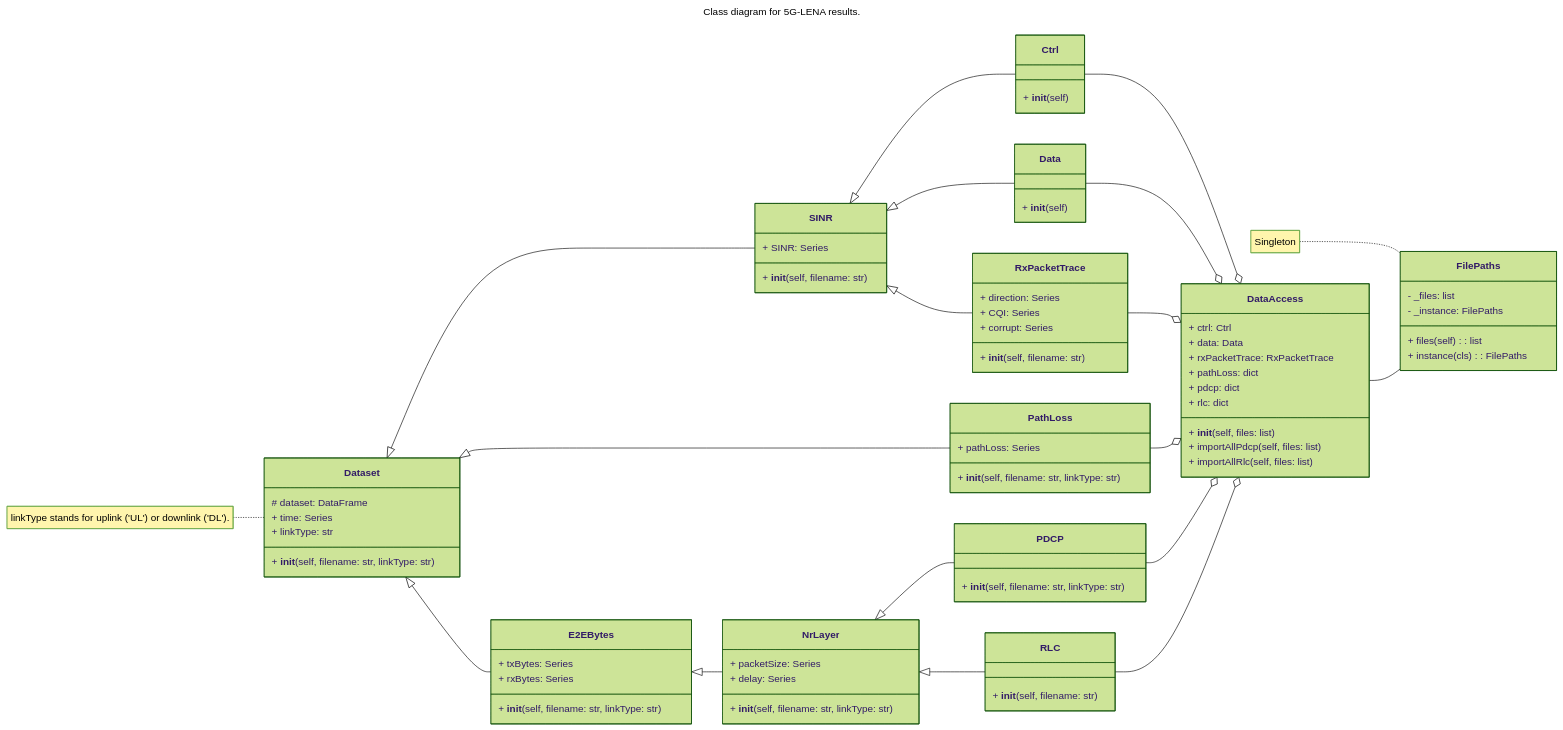
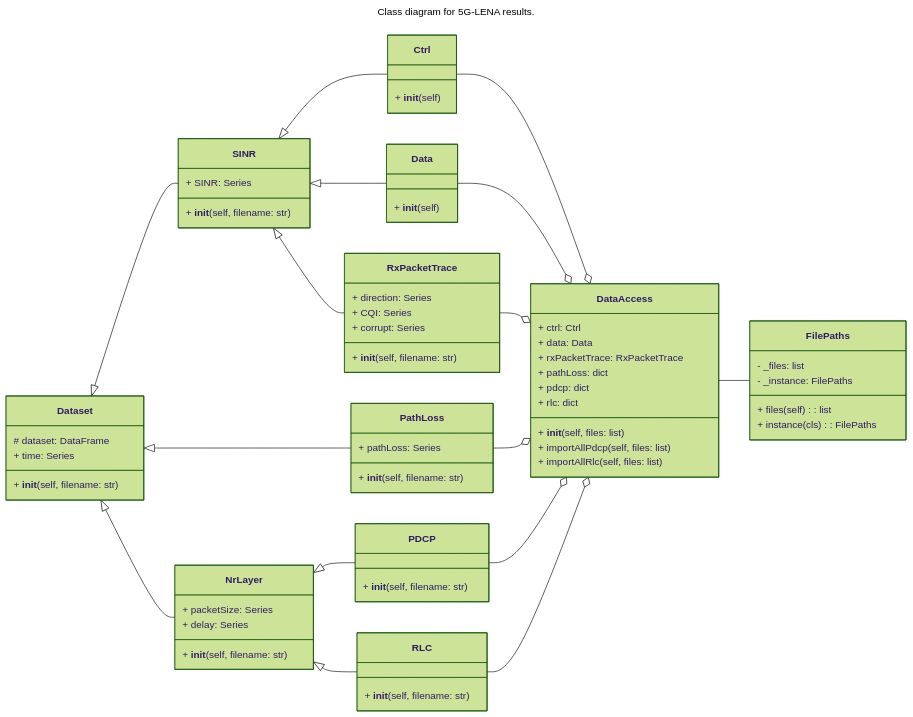
Before and after one commit to victorZoro/tcc5g-microoperators: the diagram in README.md, drawn with Mermaid (forest theme). The commit also changed other lines of this file and 17 other files, not shown here.

```diff
--- a/README.md
+++ b/README.md
@@ -219,19 +182,15 @@
 
   direction LR
 
-  note for Dataset "linkType stands for uplink ('UL') or downlink ('DL')."
-  note for FilePaths "Singleton"
-
   class Dataset {
     # dataset: DataFrame
     + time: Series
-    + linkType: str
-    + __init__(self, filename: str, linkType: str)
+    + __init__(self, filename: str)
   }
 
   class PathLoss {
     + pathLoss: Series
-    + __init__(self, filename: str, linkType: str)
+    + __init__(self, filename: str)
   }
 
   class SINR {
@@ -273,20 +232,14 @@
     + importAllRlc(self, files: list)
   }
 
-  class E2EBytes {
-    + txBytes: Series
-    + rxBytes: Series
-    + __init__(self, filename: str, linkType: str)
-  }
-
   class NrLayer {
     + packetSize: Series
     + delay: Series
-    + __init__(self, filename: str, linkType: str)
+    + __init__(self, filename: str)
   }
 
   class PDCP {
-    + __init__(self, filename: str, linkType: str)
+    + __init__(self, filename: str)
   }
 
   class RLC {
@@ -295,14 +248,13 @@
 
   %% Inheritance
   Dataset <|-- SINR
-  Dataset <|-- E2EBytes
   Dataset <|-- PathLoss
   SINR <|-- Ctrl
   SINR <|-- Data
   SINR <|-- RxPacketTrace
   NrLayer <|-- PDCP
   NrLayer <|-- RLC
-  E2EBytes <|-- NrLayer
+  Dataset <|-- NrLayer
 
   %% Aggregation
   Ctrl --o DataAccess
```
